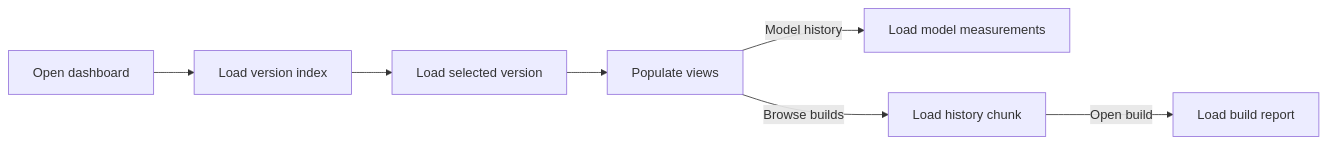
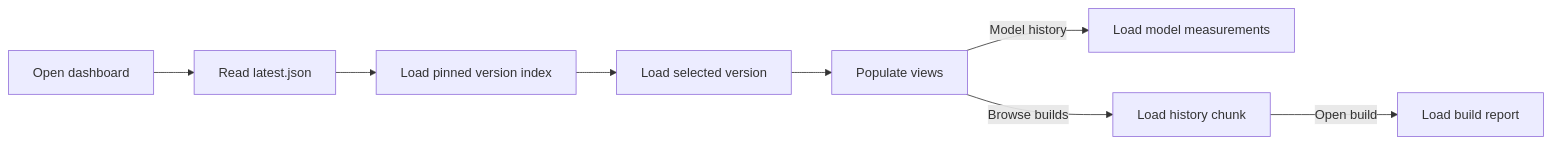
Before and after one commit to lemonade-sdk/rocm-readiness: the second of 2 diagrams in docs/data-flow.md, drawn with Mermaid. The commit also changed other lines of this file and 10 other files, not shown here.

Commit message:
Persist dashboard JSON and immutable pointers in a data branch

````diff
--- a/docs/data-flow.md
+++ b/docs/data-flow.md
@@ -46,9 +49,10 @@
 ```mermaid
 flowchart LR
-    Open["Open dashboard"] --> Index["Load version index"]
+    Open["Open dashboard"] --> Pointer["Read latest.json"]
+    Pointer --> Index["Load pinned version index"]
     Index --> Load["Load selected version"]
     Load --> Display["Populate views"]
     Display -->|Model history| Performance["Load model measurements"]
     Display -->|Browse builds| History["Load history chunk"]
     History -->|Open build| Report["Load build report"]
 ```
````
